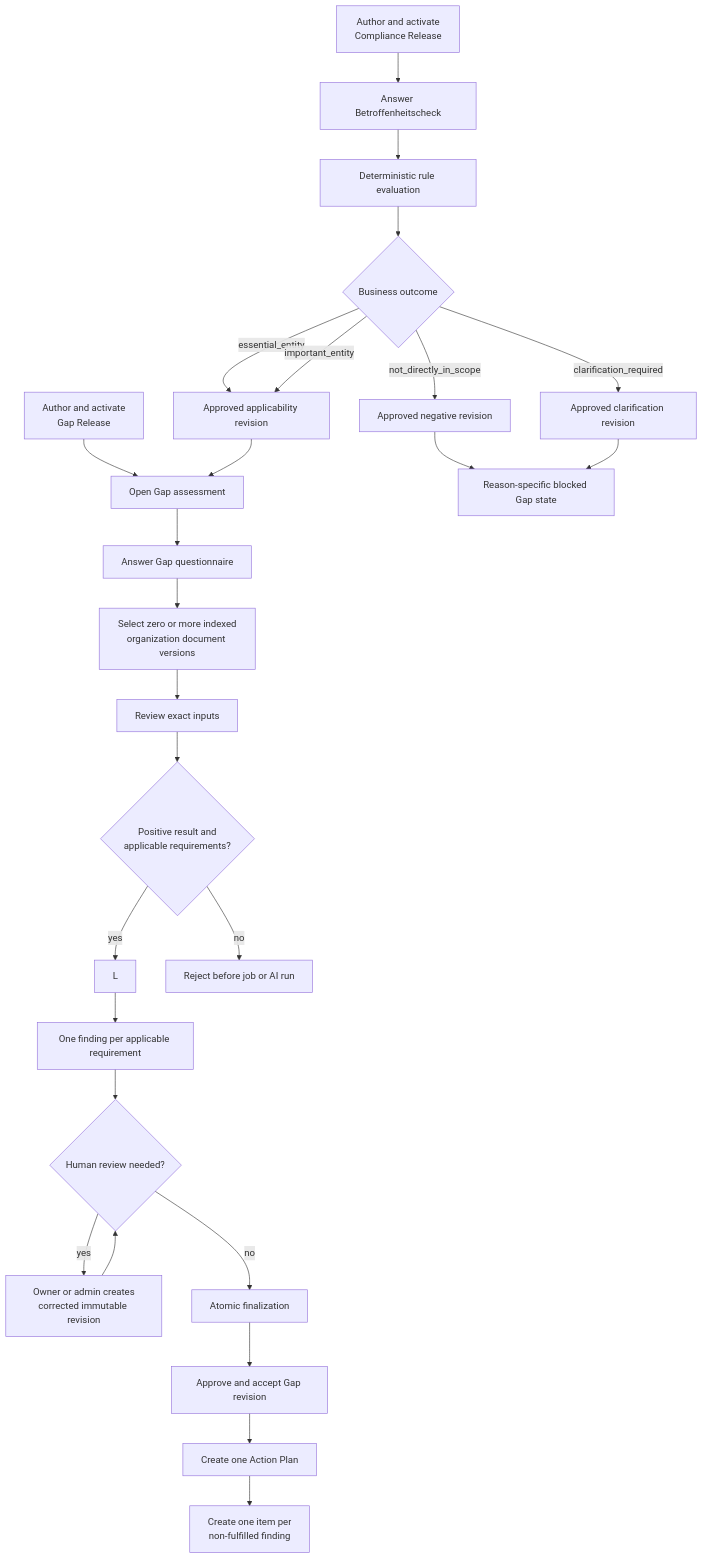
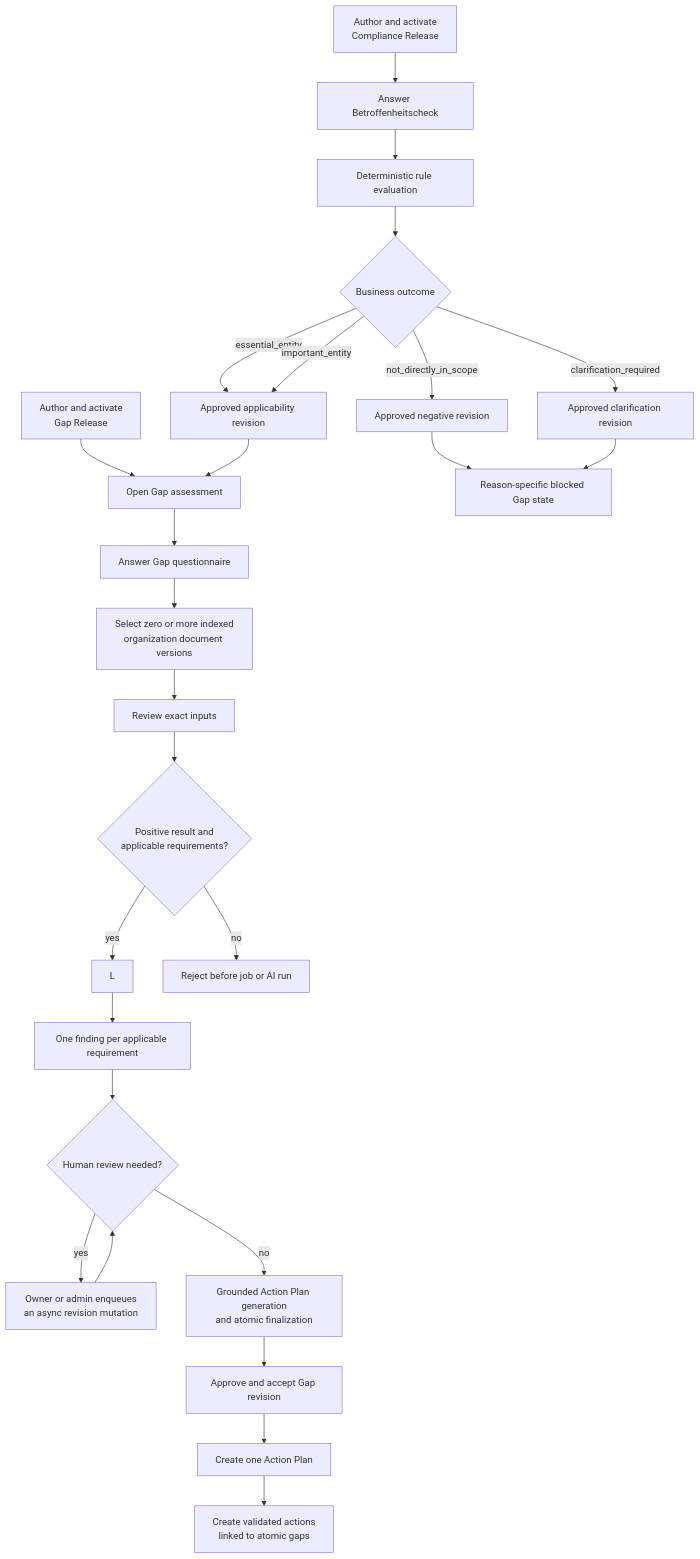
One commit to nxkolas/compliance changed the first of 3 diagrams in my-app/docs/architecture/end-to-end-compliance-workflow.md. Above: the diagram before and after it, drawn with Mermaid. The commit also changed other lines of this file and 94 other files, not shown here.

````diff
--- a/my-app/docs/architecture/end-to-end-compliance-workflow.md
+++ b/my-app/docs/architecture/end-to-end-compliance-workflow.md
@@ -27,31 +28,31 @@
 ```mermaid
 flowchart TD
     A[Author and activate<br/>Compliance Release] --> B[Answer Betroffenheitscheck]
     B --> C[Deterministic rule evaluation]
     C --> D{Business outcome}
     D -->|essential_entity| E[Approved applicability revision]
     D -->|important_entity| E
     D -->|not_directly_in_scope| N[Approved negative revision]
     D -->|clarification_required| Q[Approved clarification revision]
 
     G[Author and activate<br/>Gap Release] --> H[Open Gap assessment]
     E --> H
     N --> V[Reason-specific blocked Gap state]
     Q --> V
 
     H --> I[Answer Gap questionnaire]
     I --> J[Select zero or more indexed<br/>organization document versions]
     J --> K[Review exact inputs]
     L --> M[One finding per applicable requirement]
     M --> O{Human review needed?}
-    O -->|yes| P[Owner or admin creates<br/>corrected immutable revision]
+    O -->|yes| P[Owner or admin enqueues<br/>an async revision mutation]
     P --> O
-    O -->|no| R[Atomic finalization]
+    O -->|no| R[Grounded Action Plan generation<br/>and atomic finalization]
     R --> S[Approve and accept Gap revision]
     S --> T[Create one Action Plan]
-    T --> U[Create one item per<br/>non-fulfilled finding]
+    T --> U[Create validated actions<br/>linked to atomic gaps]
 
     K --> W{Positive result and<br/>applicable requirements?}
     W -->|yes| L
     W -->|no| X[Reject before job or AI run]
 ```
````
